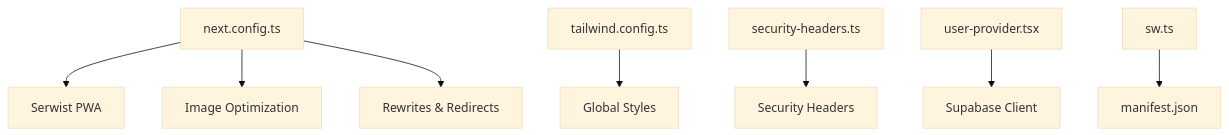
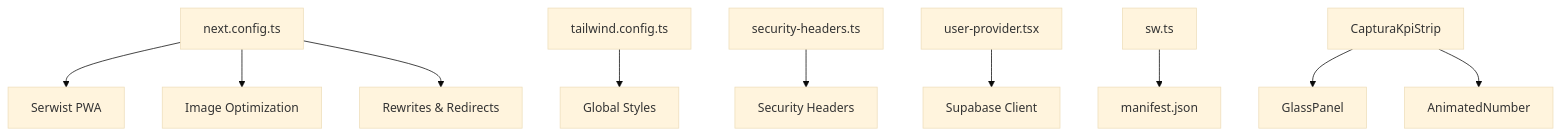
The seventh of 7 diagrams in .qoder/repowiki/en/content/Architecture Overview/Frontend Architecture (Next.js App Router).md (SinesysTech/zattar-os), drawn with Mermaid (base theme) before and after one commit. The commit also changed other lines of this file and 6 other files, not shown here.

````diff
--- a/.qoder/repowiki/en/content/Architecture Overview/Frontend Architecture (Next.js App Router).md
+++ b/.qoder/repowiki/en/content/Architecture Overview/Frontend Architecture (Next.js App Router).md
@@ -270,10 +336,12 @@
 ```mermaid
 graph TB
 NextCfg["next.config.ts"] --> PWA["Serwist PWA"]
 NextCfg --> Images["Image Optimization"]
 NextCfg --> Rewrites["Rewrites & Redirects"]
 TailwindCfg["tailwind.config.ts"] --> Styles["Global Styles"]
 SecHeaders["security-headers.ts"] --> Headers["Security Headers"]
 UserProv["user-provider.tsx"] --> Supabase["Supabase Client"]
 SW["sw.ts"] --> Manifest["manifest.json"]
+CapturaKpi["CapturaKpiStrip"] --> GlassPanel["GlassPanel"]
+CapturaKpi --> AnimatedNumber["AnimatedNumber"]
 ```
````
